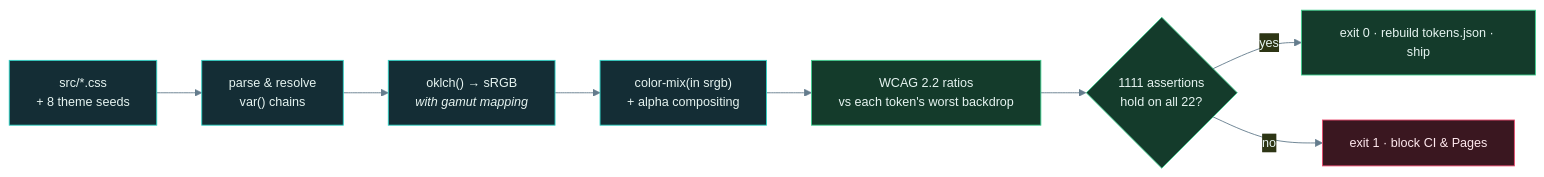
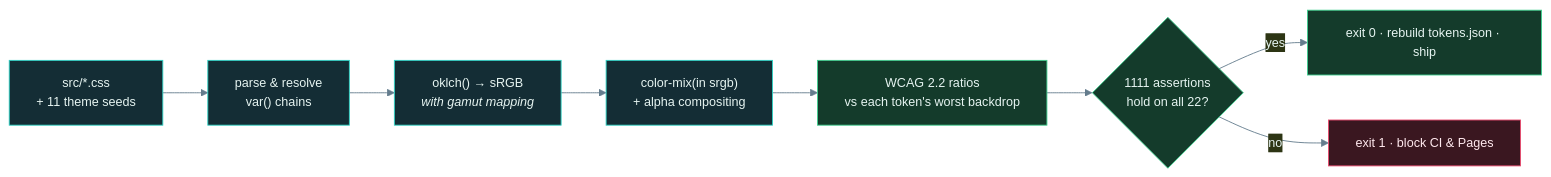
One commit to abheet19/glass changed the first of 2 diagrams in README.md. Above: the diagram before and after it, drawn with Mermaid. The commit also changed other lines of this file and 12 other files, not shown here.

````diff
--- a/README.md
+++ b/README.md
@@ -216,15 +216,15 @@
 ```mermaid
 %%{init: {'theme':'base','themeVariables':{'primaryColor':'#142d35','primaryTextColor':'#e6f4f1','primaryBorderColor':'#2ed3c6','lineColor':'#647c8d','fontSize':'14px'}}}%%
 flowchart LR
-    CSS["src/*.css<br/>+ 8 theme seeds"] --> P["parse & resolve<br/>var() chains"]
+    CSS["src/*.css<br/>+ 11 theme seeds"] --> P["parse & resolve<br/>var() chains"]
     P --> O["oklch() → sRGB<br/><i>with gamut mapping</i>"]
     O --> MIX["color-mix(in srgb)<br/>+ alpha compositing"]
     MIX --> WCAG["WCAG 2.2 ratios<br/>vs each token's worst backdrop"]
     WCAG --> G{"1111 assertions<br/>hold on all 22?"}
     G -->|yes| PASS["exit 0 · rebuild tokens.json · ship"]
     G -->|no| FAIL["exit 1 · block CI & Pages"]
     classDef proof fill:#143b2b,stroke:#3ecf8e,color:#e6f4f1
     classDef stop fill:#3a1720,stroke:#e8496c,color:#ffe9ee
     class WCAG,G,PASS proof
     class FAIL stop
 ```
````
